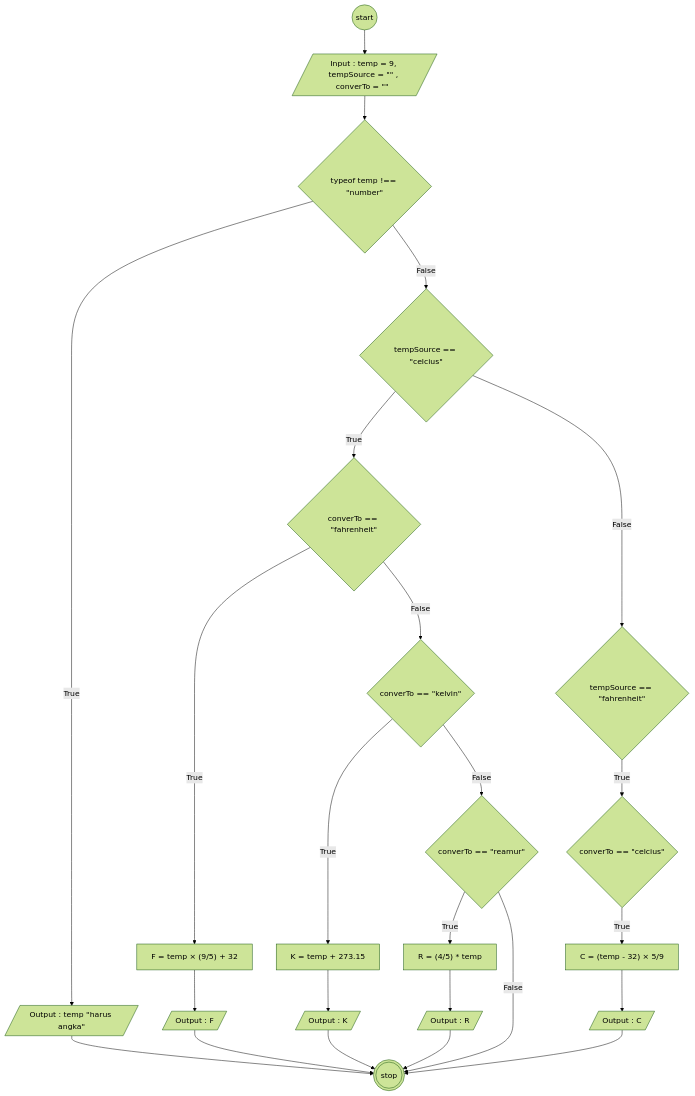
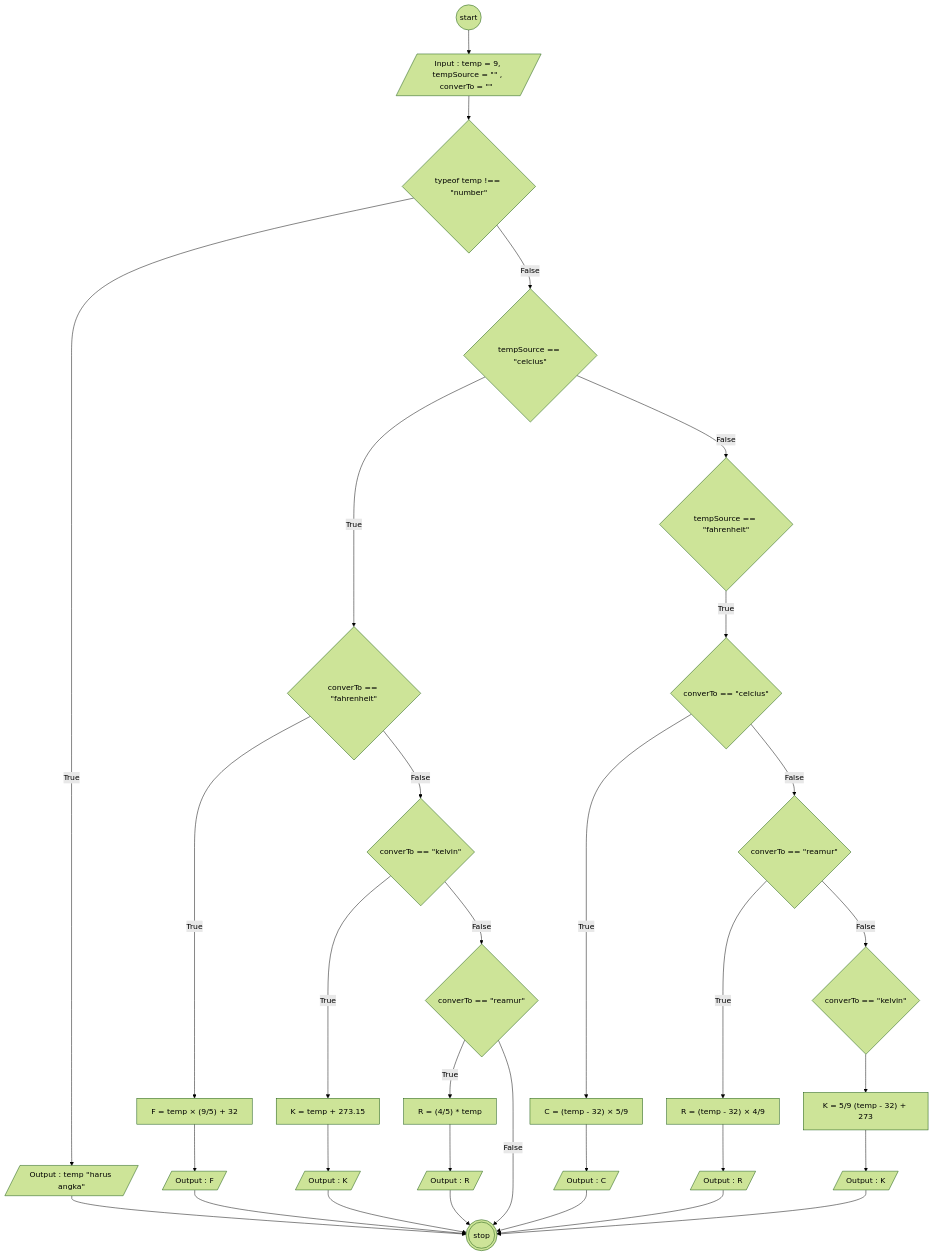
One commit to adityabastyas/koda-b6-javascript1 changed the diagram in task4.md. Above: the diagram before and after it, drawn with Mermaid (forest theme).

Commit message:
Enhance temperature conversion flowchart
Added additional conversion options for temperature flowchart.

````diff
--- a/task4.md
+++ b/task4.md
@@ -5,53 +5,69 @@
 ```mermaid
 flowchart
   start@{shape: circle }
   input@{shape: lean-r, label : 'Input : temp = 9, tempSource = "" , converTo = ""  '}
   isNumber@{shape: diamond, label: 'typeof temp !== "number"'}
 
   harusAngka@{shape: lean-r, label : 'Output : temp "harus angka"'}
   isCelcius@{shape: diamond, label : 'tempSource == "celcius"'}
   targetFahrenheit@{shape : diamond, label : 'converTo == "fahrenheit"'}
 
   processF@{shape: rect, label : 'F = temp × (9/5) + 32'}
   outputF@{shape: lean-r, label : 'Output : F'}
 
   stop@{shape : dbl-circ}
 
   isFahrenheit@{shape: diamond, label : 'tempSource == "fahrenheit"'}
   targetCelcius@{shape : diamond, label : 'converTo == "celcius"'}
   processC@{shape: rect, label : 'C = (temp - 32) × 5/9'}
   outputC@{shape: lean-r, label : 'Output : C'}
 
   cToK@{shape: diamond, label : 'converTo == "kelvin"'}
   proccesCtoK@{shape : rect, label : 'K = temp + 273.15'}
   outputCtoK@{shape: lean-r, label : 'Output : K'}
 
   cToR@{shape: diamond, label : 'converTo == "reamur"'}
   proccesCtoR@{shape : rect, label : 'R = (4/5) * temp'}
   outputCtoR@{shape: lean-r, label : 'Output : R'}
 
+  fToR@{shape: diamond, label : 'converTo == "reamur"'}
+  proccesFtoR@{shape : rect, label : 'R = (temp - 32) × 4/9'}
+  outputFtoR@{shape: lean-r, label : 'Output : R'}
+
+  fToK@{shape: diamond, label : 'converTo == "kelvin"'}
+  proccesFtoK@{shape : rect, label : 'K = 5/9 (temp - 32) + 273'}
+  outputFtoK@{shape: lean-r, label : 'Output : K'}
+
 
 
 
   start --> input
   input --> isNumber
   isNumber --True--> harusAngka --> stop
   isNumber --False--> isCelcius
   isCelcius --True--> targetFahrenheit
   targetFahrenheit --True--> processF
   processF --> outputF --> stop
 
   isCelcius --False --> isFahrenheit
   isFahrenheit --True--> targetCelcius
  targetCelcius --True--> processC
  processC --> outputC --> stop
 
 targetFahrenheit --False--> cToK
 cToK --True-->proccesCtoK-->outputCtoK
 outputCtoK --> stop
 
 cToK --False-->cToR
 cToR --True--> proccesCtoR
 proccesCtoR --> outputCtoR --> stop
 cToR --False--> stop
+
+targetCelcius --False--> fToR
+fToR --True--> proccesFtoR
+proccesFtoR --> outputFtoR --> stop
+
+fToR --False--> fToK
+fToK --> proccesFtoK
+proccesFtoK --> outputFtoK --> stop
 ```
````
